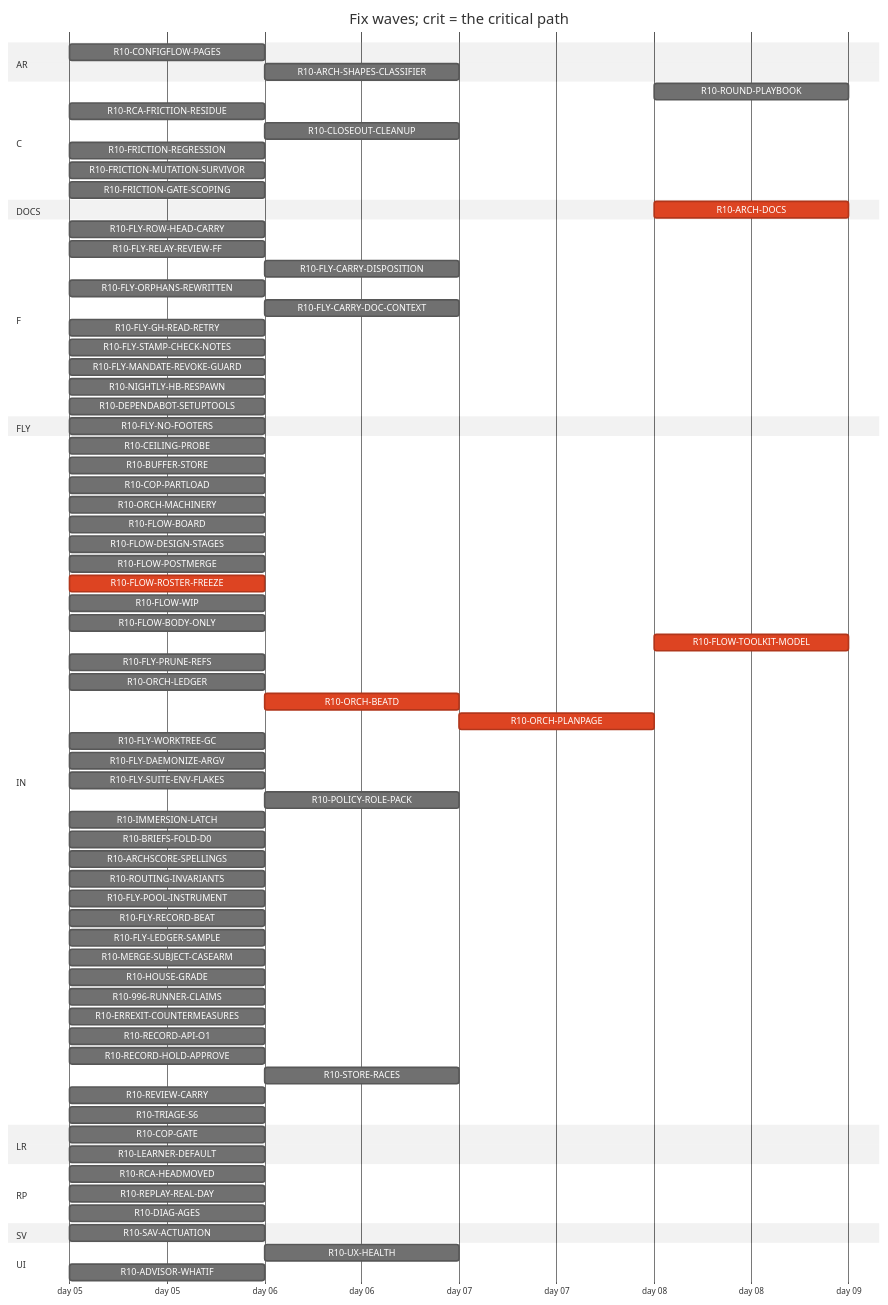
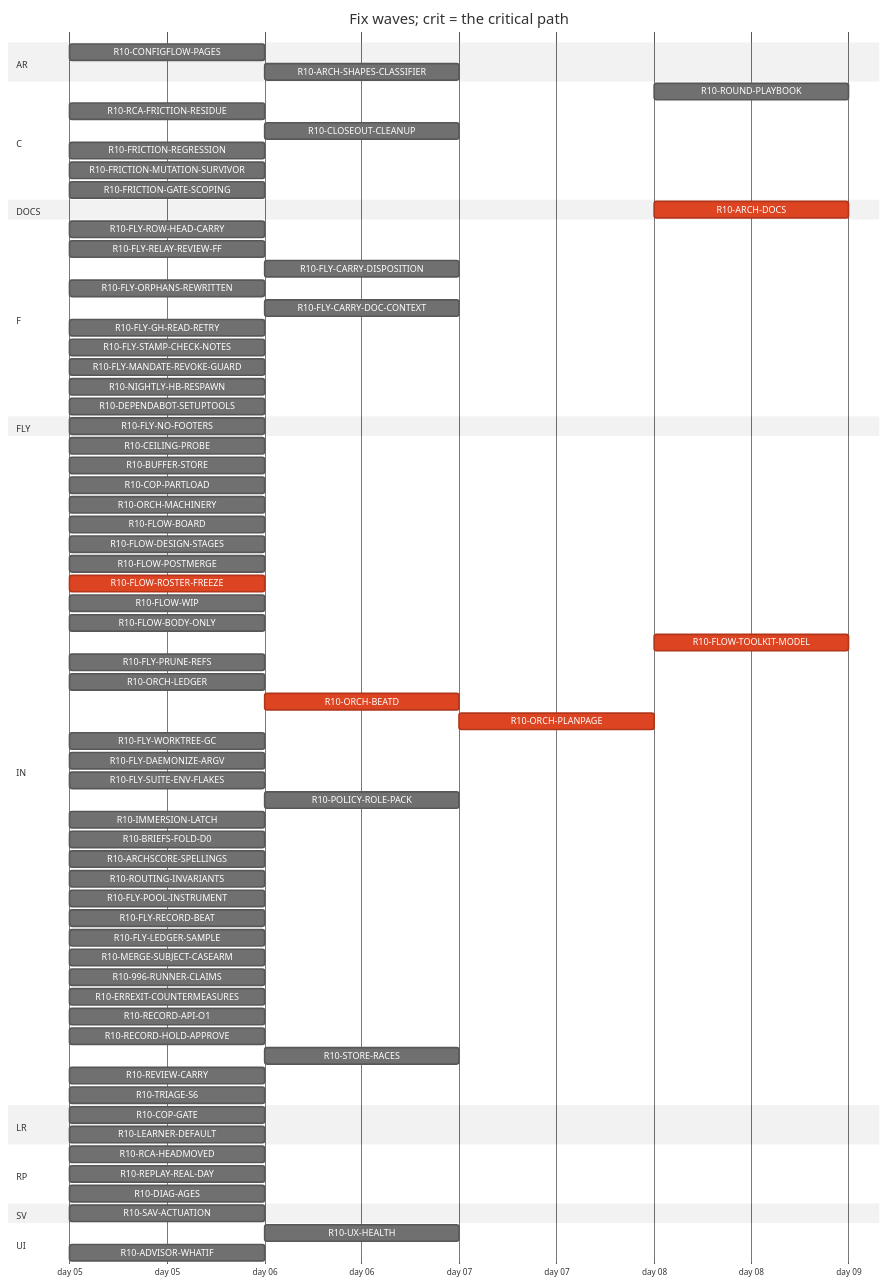
Before and after one commit to tvofi/heatpump_optimizer: the diagram in handoff/round10/state/PLAN-TABLE.md, drawn with Mermaid (neutral theme). The commit also changed other lines of this file and 2 other files, not shown here.

````diff
--- a/handoff/round10/state/PLAN-TABLE.md
+++ b/handoff/round10/state/PLAN-TABLE.md
@@ -23,79 +23,78 @@
 ```mermaid
 gantt
   title Fix waves; crit = the critical path
   dateFormat YYYY-MM-DD
   axisFormat day %d
   section AR
     R10-CONFIGFLOW-PAGES :r10CONFIGFLOWPAGES, 2026-01-05, 1d
     R10-ARCH-SHAPES-CLASSIFIER :r10ARCHSHAPESCLASSIFIER, after r10996RUNNERCLAIMS, 1d
   section C
     R10-ROUND-PLAYBOOK :r10ROUNDPLAYBOOK, after r10ORCHLEDGER r10ORCHBEATD r10ORCHPLANPAGE r10FLYRELAYREVIEWFF r10FLOWROSTERFREEZE r10FLOWBODYONLY, 1d
     R10-RCA-FRICTION-RESIDUE :r10RCAFRICTIONRESIDUE, 2026-01-05, 1d
     R10-CLOSEOUT-CLEANUP :r10CLOSEOUTCLEANUP, after r10FLYPRUNEREFS r10FLYWORKTREEGC, 1d
     R10-FRICTION-REGRESSION :r10FRICTIONREGRESSION, 2026-01-05, 1d
     R10-FRICTION-MUTATION-SURVIVOR :r10FRICTIONMUTATIONSURVIVOR, 2026-01-05, 1d
     R10-FRICTION-GATE-SCOPING :r10FRICTIONGATESCOPING, 2026-01-05, 1d
   section DOCS
     R10-ARCH-DOCS :crit, r10ARCHDOCS, after r10COPGATE r10UXHEALTH r10CONFIGFLOWPAGES r10RCAHEADMOVED r10CEILINGPROBE r10BUFFERSTORE r10COPPARTLOAD r10LEARNERDEFAULT r10FLOWBOARD r10FLOWDESIGNSTAGES r10FLOWPOSTMERGE r10FLOWROSTERFREEZE r10FLOWWIP r10FLOWBODYONLY r10FLYROWHEADCARRY r10FLYRELAYREVIEWFF r10FLYCARRYDISPOSITION r10FLYORPHANSREWRITTEN r10FLYCARRYDOCCONTEXT r10FLOWTOOLKITMODEL r10FLYSTAMPCHECKNOTES r10FLYMANDATEREVOKEGUARD r10RCAFRICTIONRESIDUE r10NIGHTLYHBRESPAWN r10FLYPRUNEREFS r10ORCHLEDGER r10ORCHBEATD r10ORCHPLANPAGE r10FLYWORKTREEGC r10FLYDAEMONIZEARGV r10POLICYROLEPACK r10IMMERSIONLATCH r10BRIEFSFOLDD0 r10REPLAYREALDAY r10ARCHSCORESPELLINGS r10SAVACTUATION r10FLYLEDGERSAMPLE, 1d
   section F
     R10-FLY-ROW-HEAD-CARRY :r10FLYROWHEADCARRY, 2026-01-05, 1d
     R10-FLY-RELAY-REVIEW-FF :r10FLYRELAYREVIEWFF, 2026-01-05, 1d
     R10-FLY-CARRY-DISPOSITION :r10FLYCARRYDISPOSITION, after r10FLYORPHANSREWRITTEN, 1d
     R10-FLY-ORPHANS-REWRITTEN :r10FLYORPHANSREWRITTEN, 2026-01-05, 1d
     R10-FLY-CARRY-DOC-CONTEXT :r10FLYCARRYDOCCONTEXT, after r10FLYGHREADRETRY, 1d
     R10-FLY-GH-READ-RETRY :r10FLYGHREADRETRY, 2026-01-05, 1d
     R10-FLY-STAMP-CHECK-NOTES :r10FLYSTAMPCHECKNOTES, 2026-01-05, 1d
     R10-FLY-MANDATE-REVOKE-GUARD :r10FLYMANDATEREVOKEGUARD, 2026-01-05, 1d
     R10-NIGHTLY-HB-RESPAWN :r10NIGHTLYHBRESPAWN, 2026-01-05, 1d
     R10-DEPENDABOT-SETUPTOOLS :r10DEPENDABOTSETUPTOOLS, 2026-01-05, 1d
   section FLY
     R10-FLY-NO-FOOTERS :r10FLYNOFOOTERS, 2026-01-05, 1d
   section IN
     R10-CEILING-PROBE :r10CEILINGPROBE, 2026-01-05, 1d
     R10-BUFFER-STORE :r10BUFFERSTORE, 2026-01-05, 1d
     R10-COP-PARTLOAD :r10COPPARTLOAD, 2026-01-05, 1d
     R10-ORCH-MACHINERY :r10ORCHMACHINERY, 2026-01-05, 1d
     R10-FLOW-BOARD :r10FLOWBOARD, 2026-01-05, 1d
     R10-FLOW-DESIGN-STAGES :r10FLOWDESIGNSTAGES, 2026-01-05, 1d
     R10-FLOW-POSTMERGE :r10FLOWPOSTMERGE, 2026-01-05, 1d
     R10-FLOW-ROSTER-FREEZE :crit, r10FLOWROSTERFREEZE, 2026-01-05, 1d
     R10-FLOW-WIP :r10FLOWWIP, 2026-01-05, 1d
     R10-FLOW-BODY-ONLY :r10FLOWBODYONLY, 2026-01-05, 1d
     R10-FLOW-TOOLKIT-MODEL :crit, r10FLOWTOOLKITMODEL, after r10ORCHPLANPAGE, 1d
     R10-FLY-PRUNE-REFS :r10FLYPRUNEREFS, 2026-01-05, 1d
     R10-ORCH-LEDGER :r10ORCHLEDGER, 2026-01-05, 1d
     R10-ORCH-BEATD :crit, r10ORCHBEATD, after r10FLOWROSTERFREEZE, 1d
     R10-ORCH-PLANPAGE :crit, r10ORCHPLANPAGE, after r10ORCHBEATD, 1d
     R10-FLY-WORKTREE-GC :r10FLYWORKTREEGC, 2026-01-05, 1d
     R10-FLY-DAEMONIZE-ARGV :r10FLYDAEMONIZEARGV, 2026-01-05, 1d
     R10-FLY-SUITE-ENV-FLAKES :r10FLYSUITEENVFLAKES, 2026-01-05, 1d
     R10-POLICY-ROLE-PACK :r10POLICYROLEPACK, after r10FLOWDESIGNSTAGES, 1d
     R10-IMMERSION-LATCH :r10IMMERSIONLATCH, 2026-01-05, 1d
     R10-BRIEFS-FOLD-D0 :r10BRIEFSFOLDD0, 2026-01-05, 1d
     R10-ARCHSCORE-SPELLINGS :r10ARCHSCORESPELLINGS, 2026-01-05, 1d
     R10-ROUTING-INVARIANTS :r10ROUTINGINVARIANTS, 2026-01-05, 1d
     R10-FLY-POOL-INSTRUMENT :r10FLYPOOLINSTRUMENT, 2026-01-05, 1d
     R10-FLY-RECORD-BEAT :r10FLYRECORDBEAT, 2026-01-05, 1d
     R10-FLY-LEDGER-SAMPLE :r10FLYLEDGERSAMPLE, 2026-01-05, 1d
     R10-MERGE-SUBJECT-CASEARM :r10MERGESUBJECTCASEARM, 2026-01-05, 1d
-    R10-HOUSE-GRADE :r10HOUSEGRADE, 2026-01-05, 1d
     R10-996-RUNNER-CLAIMS :r10996RUNNERCLAIMS, 2026-01-05, 1d
     R10-ERREXIT-COUNTERMEASURES :r10ERREXITCOUNTERMEASURES, 2026-01-05, 1d
     R10-RECORD-API-O1 :r10RECORDAPIO1, 2026-01-05, 1d
     R10-RECORD-HOLD-APPROVE :r10RECORDHOLDAPPROVE, 2026-01-05, 1d
     R10-STORE-RACES :r10STORERACES, after r10BUFFERSTORE, 1d
     R10-REVIEW-CARRY :r10REVIEWCARRY, 2026-01-05, 1d
     R10-TRIAGE-S6 :r10TRIAGES6, 2026-01-05, 1d
   section LR
     R10-COP-GATE :r10COPGATE, 2026-01-05, 1d
     R10-LEARNER-DEFAULT :r10LEARNERDEFAULT, 2026-01-05, 1d
   section RP
     R10-RCA-HEADMOVED :r10RCAHEADMOVED, 2026-01-05, 1d
     R10-REPLAY-REAL-DAY :r10REPLAYREALDAY, 2026-01-05, 1d
     R10-DIAG-AGES :r10DIAGAGES, 2026-01-05, 1d
   section SV
     R10-SAV-ACTUATION :r10SAVACTUATION, 2026-01-05, 1d
   section UI
     R10-UX-HEALTH :r10UXHEALTH, after r10COPGATE, 1d
     R10-ADVISOR-WHATIF :r10ADVISORWHATIF, 2026-01-05, 1d
 ```
````
